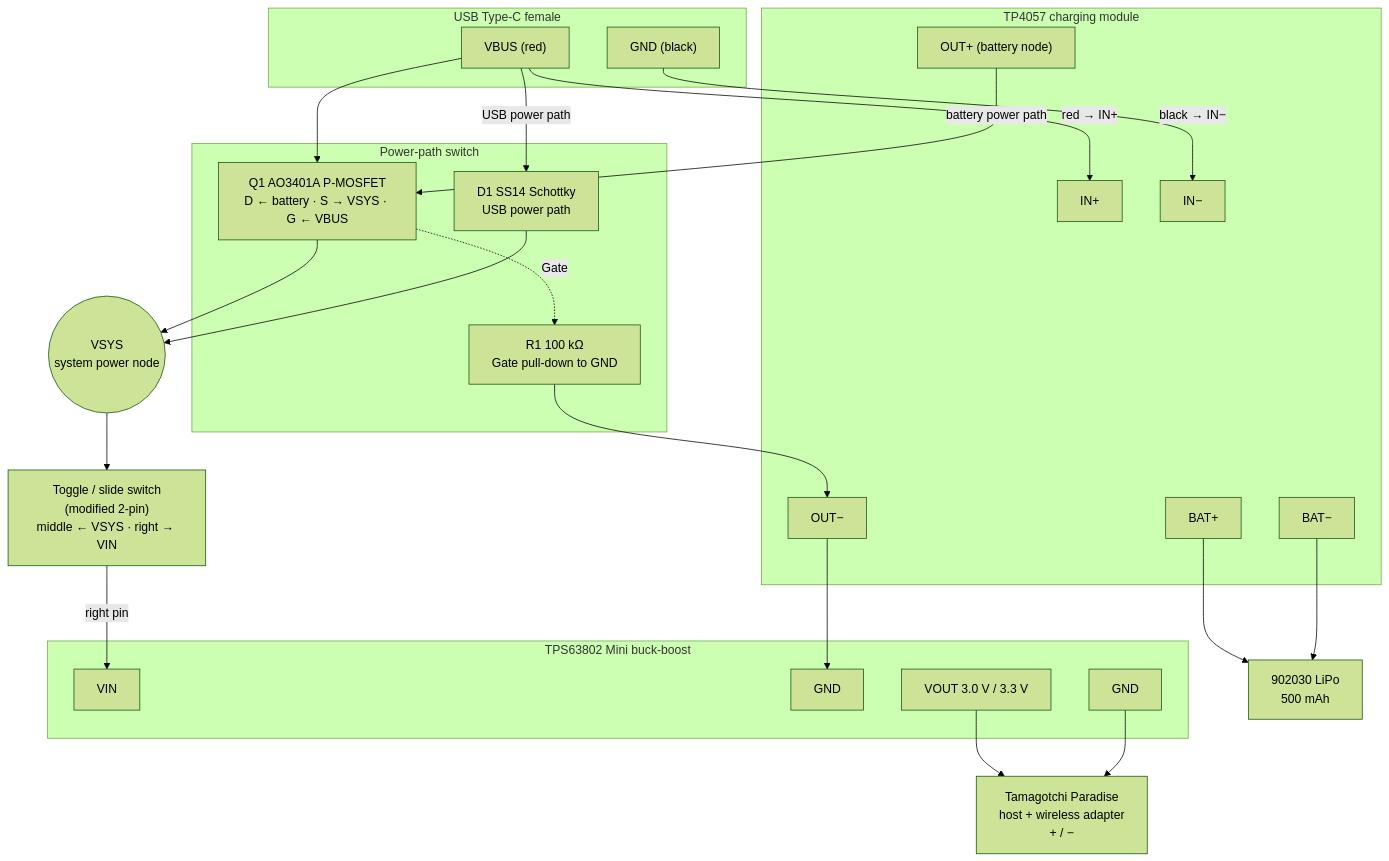
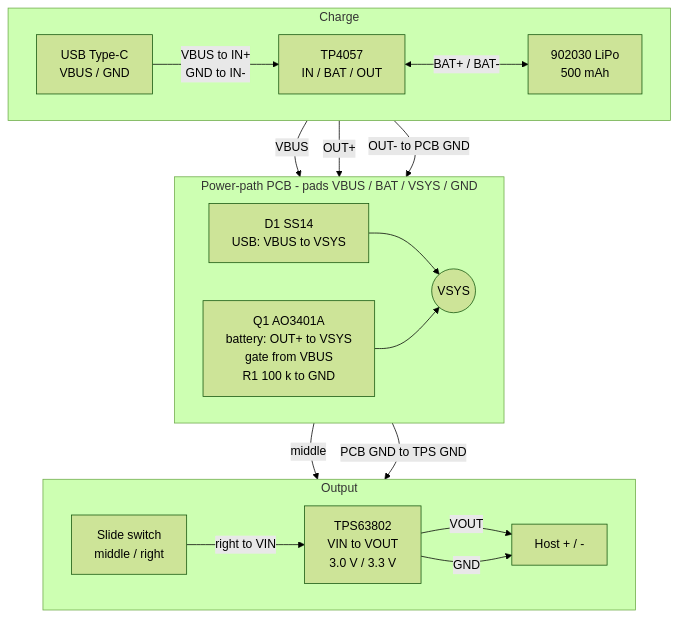
The second of 2 diagrams in README.md (sawaYch/tamagotchi-paradise-rechargeable), drawn with Mermaid (forest theme) before and after one commit. The commit also changed other lines of this file and 2 other files, not shown here.

Commit message:
feat(docs): add wiring diagram soldering guide

````diff
--- a/README.md
+++ b/README.md
@@ -84,54 +104,36 @@
 ```mermaid
 flowchart TB
-  subgraph USB["USB Type-C female"]
-    VBUS["VBUS (red)"]
-    UGND["GND (black)"]
+  subgraph charge["Charge"]
+    direction LR
+    USB["USB Type-C<br/>VBUS / GND"]
+    CHG["TP4057<br/>IN / BAT / OUT"]
+    CELL["902030 LiPo<br/>500 mAh"]
+    USB -->|"VBUS to IN+<br/>GND to IN-"| CHG
+    CHG <-->|"BAT+ / BAT-"| CELL
   end
 
-  subgraph CHG["TP4057 charging module"]
-    INP["IN+"]
-    INN["IN−"]
-    BATP["BAT+"]
-    BATN["BAT−"]
-    OUTP["OUT+ (battery node)"]
-    OUTN["OUT−"]
+  subgraph path["Power-path PCB  -  pads VBUS / BAT / VSYS / GND"]
+    direction LR
+    D1["D1 SS14<br/>USB: VBUS to VSYS"]
+    Q1["Q1 AO3401A<br/>battery: OUT+ to VSYS<br/>gate from VBUS<br/>R1 100 k to GND"]
+    VSYS(("VSYS"))
+    D1 --> VSYS
+    Q1 --> VSYS
   end
 
-  BAT["902030 LiPo<br/>500 mAh"]
-
-  subgraph PATH["Power-path switch"]
-    R1["R1 100 kΩ<br/>Gate pull-down to GND"]
-    Q1["Q1 AO3401A P-MOSFET<br/>D ← battery · S → VSYS · G ← VBUS"]
-    D1["D1 SS14 Schottky<br/>USB power path"]
+  subgraph out["Output"]
+    direction LR
+    SW["Slide switch<br/>middle / right"]
+    REG["TPS63802<br/>VIN to VOUT<br/>3.0 V / 3.3 V"]
+    HOST["Host + / -"]
+    SW -->|right to VIN| REG
+    REG -->|VOUT| HOST
+    REG -->|GND| HOST
   end
 
-  VSYS(("VSYS<br/>system power node"))
-
-  SW["Toggle / slide switch<br/>(modified 2-pin)<br/>middle ← VSYS · right → VIN"]
-
-  subgraph REG["TPS63802 Mini buck-boost"]
-    VIN["VIN"]
-    RGND["GND"]
-    VOUT["VOUT 3.0 V / 3.3 V"]
-    BGND["GND"]
-  end
-
-  TAMA["Tamagotchi Paradise<br/>host + wireless adapter<br/>+ / −"]
-
-  VBUS -->|red → IN+| INP
-  UGND -->|black → IN−| INN
-  BATP --> BAT
-  BATN --> BAT
-  OUTP -->|battery power path| Q1
-  Q1 --> VSYS
-  VBUS -->|USB power path| D1
-  D1 --> VSYS
-  VBUS --> Q1
-  Q1 -.->|Gate| R1
-  R1 --> OUTN
-  OUTN --> RGND
-  VSYS --> SW
-  SW -->|right pin| VIN
-  VOUT --> TAMA
-  BGND --> TAMA
+  USB -->|VBUS| D1
+  CHG -->|OUT+| Q1
+  VSYS -->|middle| SW
+  CHG -->|OUT- to PCB GND| path
+  path -->|PCB GND to TPS GND| REG
 ```
````
